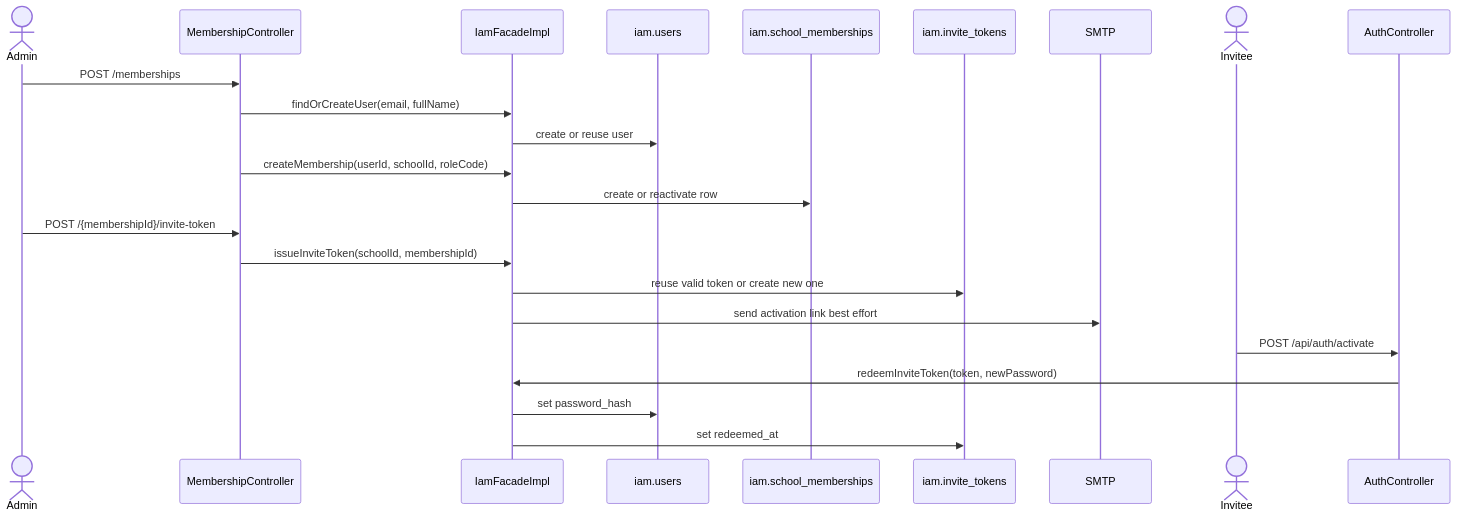
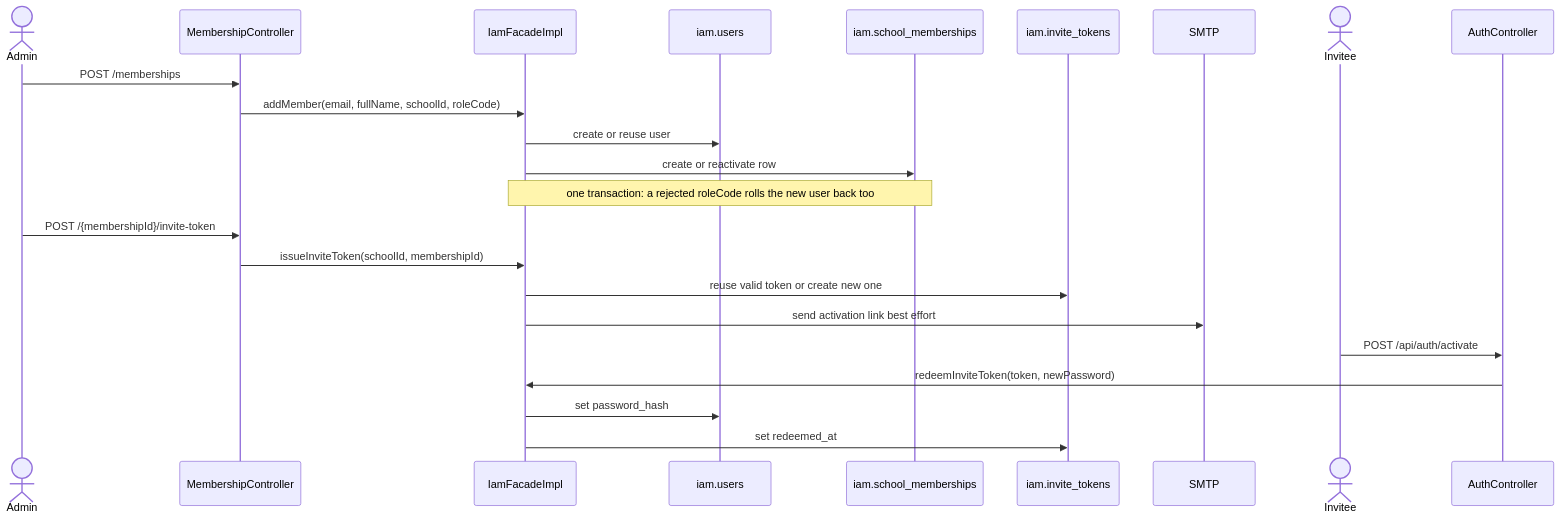
Before and after one commit to MEYSAMgh1370/school-project: the sixth of 6 diagrams in openspec/diagrams/iam-c4.md, drawn with Mermaid. The commit also changed 5 other files, not shown here.

````diff
--- a/openspec/diagrams/iam-c4.md
+++ b/openspec/diagrams/iam-c4.md
@@ -252,26 +252,26 @@
 ```mermaid
 sequenceDiagram
     actor Admin
     participant MembershipController
     participant IamFacadeImpl
     participant Users as iam.users
     participant Memberships as iam.school_memberships
     participant Invites as iam.invite_tokens
     participant Mail as SMTP
     actor Invitee
     participant AuthController
 
     Admin->>MembershipController: POST /memberships
-    MembershipController->>IamFacadeImpl: findOrCreateUser(email, fullName)
+    MembershipController->>IamFacadeImpl: addMember(email, fullName, schoolId, roleCode)
     IamFacadeImpl->>Users: create or reuse user
-    MembershipController->>IamFacadeImpl: createMembership(userId, schoolId, roleCode)
     IamFacadeImpl->>Memberships: create or reactivate row
+    Note over IamFacadeImpl,Memberships: one transaction: a rejected roleCode rolls the new user back too
     Admin->>MembershipController: POST /{membershipId}/invite-token
     MembershipController->>IamFacadeImpl: issueInviteToken(schoolId, membershipId)
     IamFacadeImpl->>Invites: reuse valid token or create new one
     IamFacadeImpl->>Mail: send activation link best effort
     Invitee->>AuthController: POST /api/auth/activate
     AuthController->>IamFacadeImpl: redeemInviteToken(token, newPassword)
     IamFacadeImpl->>Users: set password_hash
     IamFacadeImpl->>Invites: set redeemed_at
 ```
````
